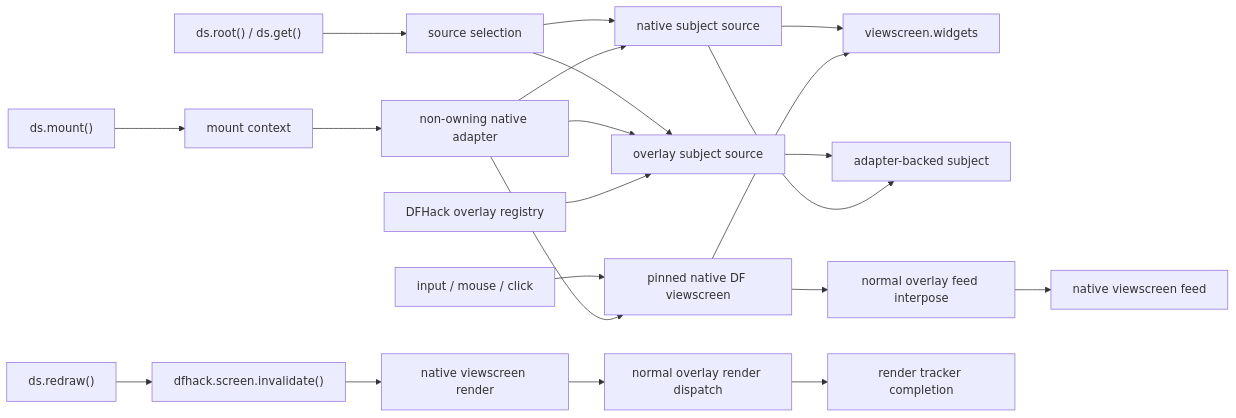
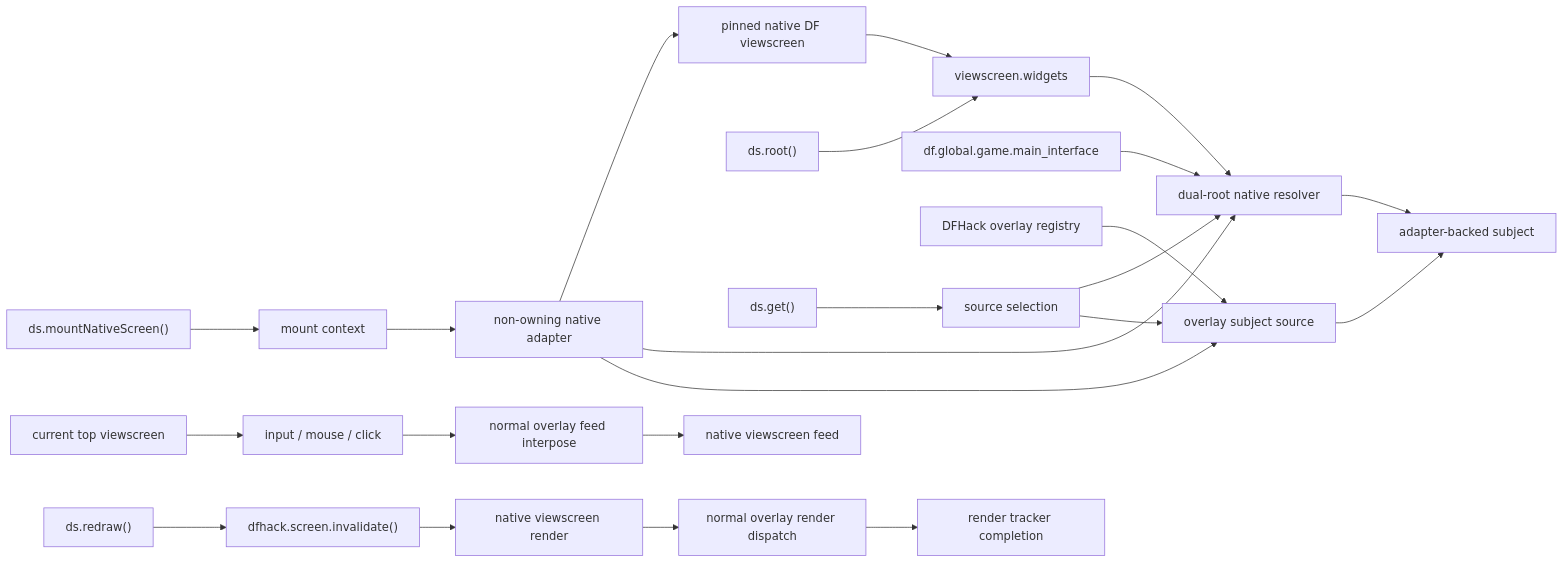
Before and after one commit to dsisco11/DwarfSpec: the diagram in docs/non-owning-native-screen-mount-proposal.md, drawn with Mermaid. The commit also changed other lines of this file and 100 other files, not shown here.

````diff
--- a/docs/non-owning-native-screen-mount-proposal.md
+++ b/docs/non-owning-native-screen-mount-proposal.md
@@ -247,28 +300,30 @@
 ```mermaid
 flowchart LR
-    Mount["ds.mount()"] --> Context["mount context"]
+    Mount["ds.mountNativeScreen()"] --> Context["mount context"]
     Context --> Adapter["non-owning native adapter"]
 
     Adapter --> Screen["pinned native DF viewscreen"]
     Screen --> NativeRoot["viewscreen.widgets"]
-    Adapter --> NativeSource["native subject source"]
-    NativeSource --> NativeRoot
+    Game["df.global.game.main_interface"] --> NativeResolver["dual-root native resolver"]
+    NativeRoot --> NativeResolver
+    Adapter --> NativeResolver
 
     Registry["DFHack overlay registry"] --> OverlaySource["overlay subject source"]
     Adapter --> OverlaySource
 
-    Get["ds.root() / ds.get()"] --> Selector["source selection"]
-    Selector --> NativeSource
+    Root["ds.root()"] --> NativeRoot
+    Get["ds.get()"] --> Selector["source selection"]
+    Selector --> NativeResolver
     Selector --> OverlaySource
-    NativeSource --> Subject["adapter-backed subject"]
+    NativeResolver --> Subject["adapter-backed subject"]
     OverlaySource --> Subject
 
-    Input["input / mouse / click"] --> Screen
-    Screen --> OverlayFeed["normal overlay feed interpose"]
+    Current["current top viewscreen"] --> Input["input / mouse / click"]
+    Input --> OverlayFeed["normal overlay feed interpose"]
     OverlayFeed --> NativeFeed["native viewscreen feed"]
 
     Redraw["ds.redraw()"] --> Invalidate["dfhack.screen.invalidate()"]
     Invalidate --> NativeRender["native viewscreen render"]
     NativeRender --> OverlayRender["normal overlay render dispatch"]
     OverlayRender --> Tracker["render tracker completion"]
 ```
````
